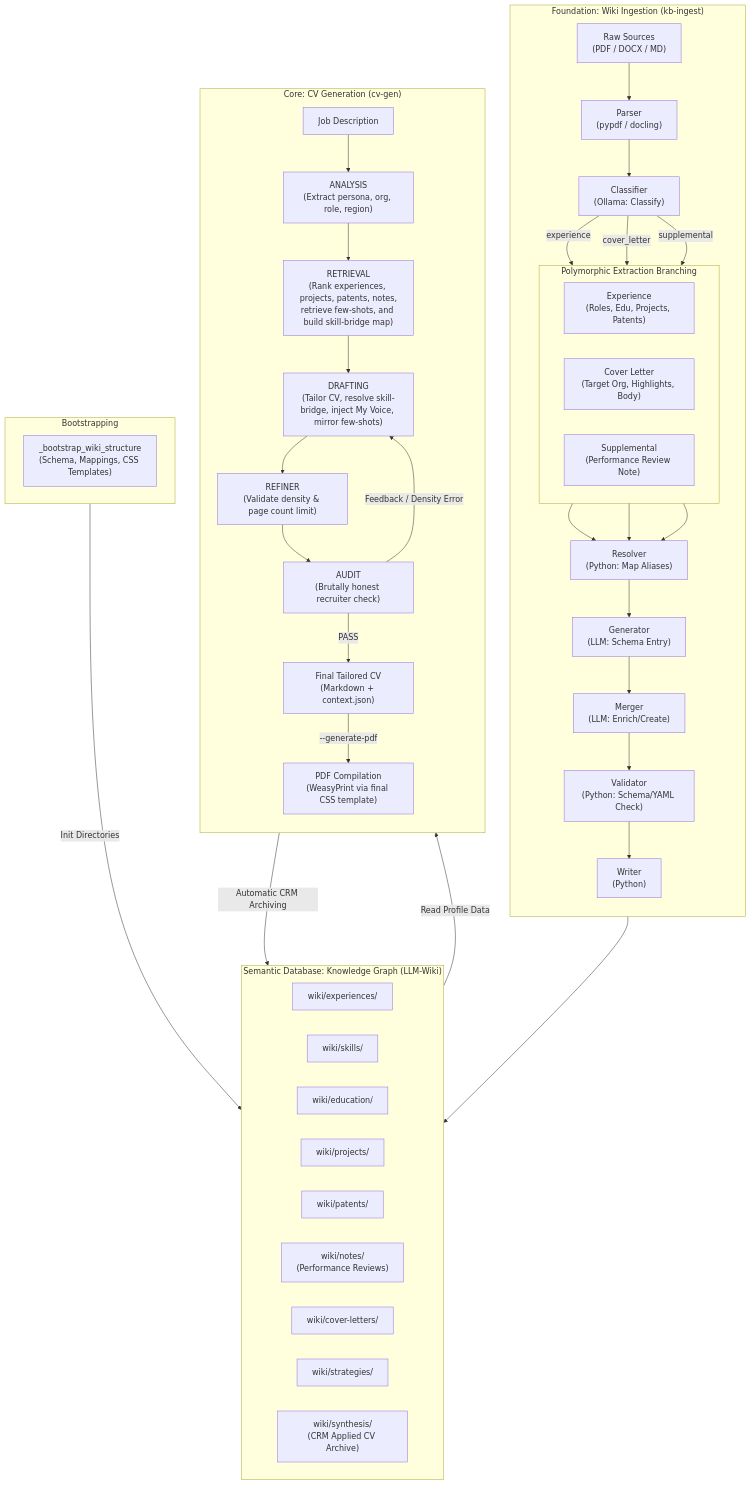
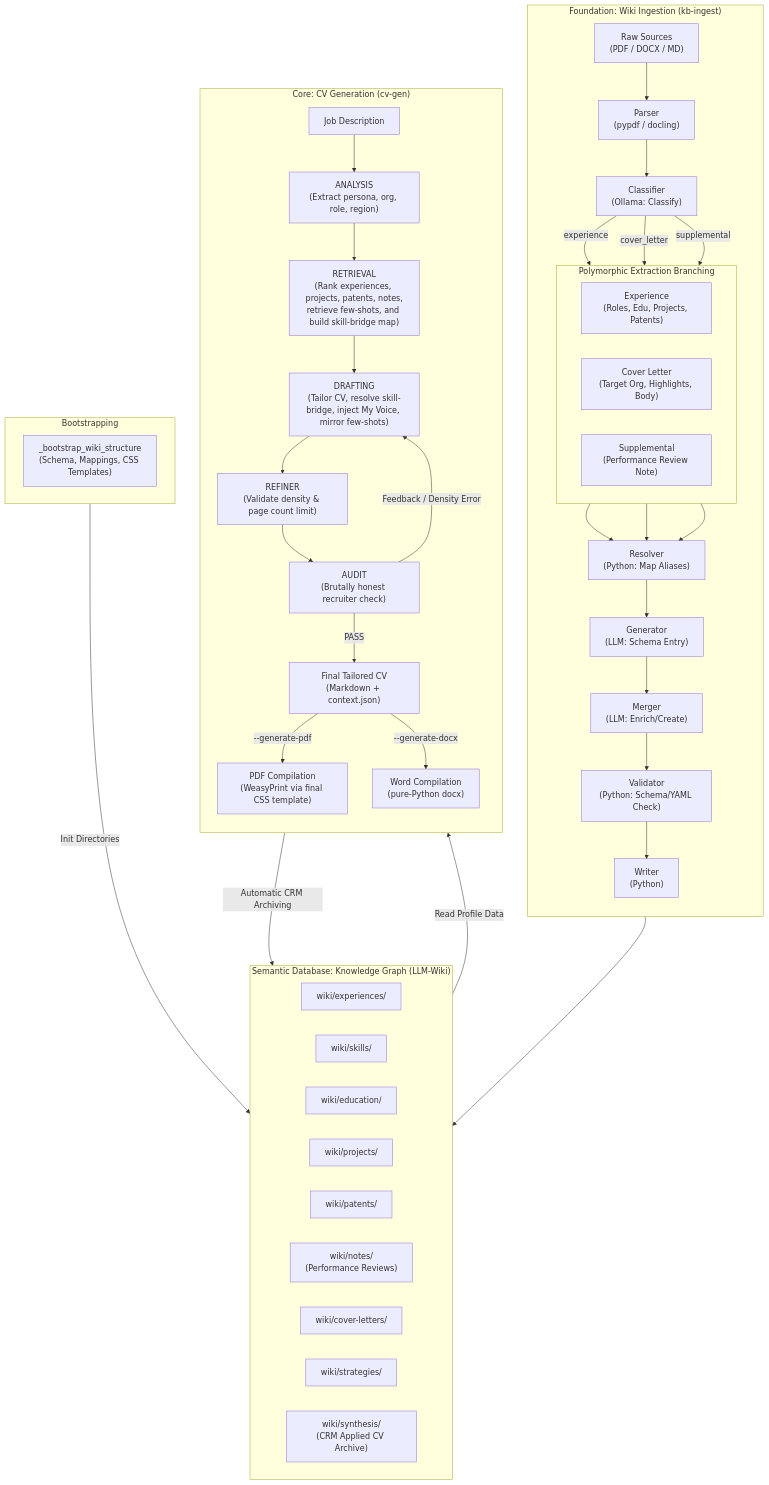
The diagram in README.md (bvrabete/career-os), drawn with Mermaid before and after one commit. The commit also changed other lines of this file and 9 other files, not shown here.

Commit message:
Updated strategies, flows, extra features. See CHANGELOG

````diff
--- a/README.md
+++ b/README.md
@@ -15,71 +15,73 @@
 ```mermaid
 graph TD
     subgraph BOOTSTRAP ["Bootstrapping"]
         B_Helper["_bootstrap_wiki_structure<br>(Schema, Mappings, CSS Templates)"]
     end
 
     subgraph INGESTION ["Foundation: Wiki Ingestion (kb-ingest)"]
         direction TB
         Raw["Raw Sources<br>(PDF / DOCX / MD)"] --> Parser["Parser<br>(pypdf / docling)"]
         Parser --> Classifier["Classifier<br>(Ollama: Classify)"]
         
         subgraph POLYMORPHIC ["Polymorphic Extraction Branching"]
             direction LR
             Ext_Exp["Experience<br>(Roles, Edu, Projects, Patents)"]
             Ext_CL["Cover Letter<br>(Target Org, Highlights, Body)"]
             Ext_Supp["Supplemental<br>(Performance Review Note)"]
         end
         
         Classifier -->|experience| Ext_Exp
         Classifier -->|cover_letter| Ext_CL
         Classifier -->|supplemental| Ext_Supp
         
         Resolver["Resolver<br>(Python: Map Aliases)"]
         Ext_Exp --> Resolver
         Ext_CL --> Resolver
         Ext_Supp --> Resolver
         
         Resolver --> Generator["Generator<br>(LLM: Schema Entry)"]
         Generator --> Merger["Merger<br>(LLM: Enrich/Create)"]
         Merger --> Validator["Validator<br>(Python: Schema/YAML Check)"]
         Validator --> Writer["Writer<br>(Python)"]
     end
 
     BOOTSTRAP -->|Init Directories| WIKI
 
     subgraph WIKI ["Semantic Database: Knowledge Graph (LLM-Wiki)"]
         direction LR
         Experiences["wiki/experiences/"]
         Skills["wiki/skills/"]
         Education["wiki/education/"]
         Projects["wiki/projects/"]
         Patents["wiki/patents/"]
         Notes["wiki/notes/<br>(Performance Reviews)"]
         CoverLetters["wiki/cover-letters/"]
         Strategies["wiki/strategies/"]
         Synthesis["wiki/synthesis/<br>(CRM Applied CV Archive)"]
     end
 
     Writer --> WIKI
 
     subgraph GENERATION ["Core: CV Generation (cv-gen)"]
         direction TB
         JD["Job Description"] --> Analyzer["ANALYSIS<br>(Extract persona, org, role, region)"]
         Analyzer --> Retriever["RETRIEVAL<br>(Rank experiences, projects, patents, notes,<br>retrieve few-shots, and build skill-bridge map)"]
         
         Retriever --> Drafter["DRAFTING<br>(Tailor CV, resolve skill-bridge, inject My Voice, mirror few-shots)"]
         Drafter --> Refiner["REFINER<br>(Validate density & page count limit)"]
         Refiner --> Auditor["AUDIT<br>(Brutally honest recruiter check)"]
         
         Auditor -->|Feedback / Density Error| Drafter
         
         FinalCV["Final Tailored CV<br>(Markdown + context.json)"]
         Auditor -->|PASS| FinalCV
         
         PDF["PDF Compilation<br>(WeasyPrint via final CSS template)"]
+        Word["Word Compilation<br>(pure-Python docx)"]
         FinalCV -->|--generate-pdf| PDF
+        FinalCV -->|--generate-docx| Word
     end
 
     WIKI -->|Read Profile Data| Retriever
     FinalCV -->|Automatic CRM Archiving| Synthesis
 ```
````
